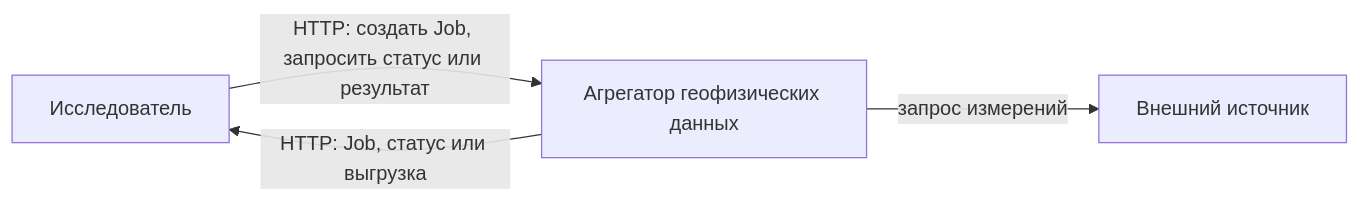
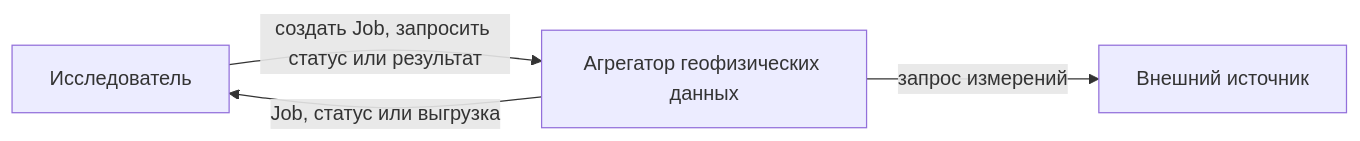
One commit to NaVi-4oK/team-amd changed the first of 3 diagrams in architecture.md. Above: the diagram before and after it, drawn with Mermaid.

````diff
--- a/architecture.md
+++ b/architecture.md
@@ -9,6 +9,6 @@
 ```mermaid
 flowchart LR
-    researcher[Исследователь] -->|HTTP: создать Job, запросить статус или результат| aggregator[Агрегатор геофизических данных]
-    aggregator -->|HTTP: Job, статус или выгрузка| researcher
+    researcher[Исследователь] -->|создать Job, запросить статус или результат| aggregator[Агрегатор геофизических данных]
+    aggregator -->|Job, статус или выгрузка| researcher
     aggregator -->|запрос измерений| source[Внешний источник]
 ```
````
